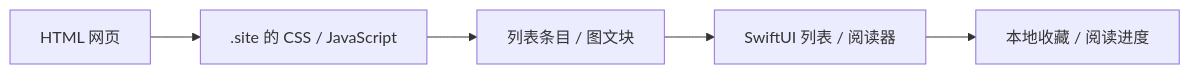
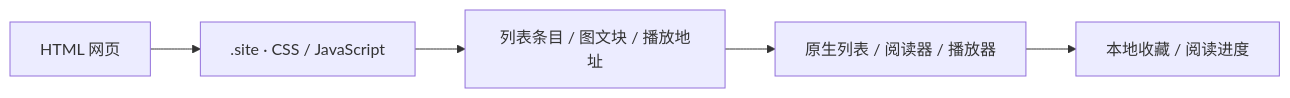
One commit to elrrrrrrr/cove changed the diagram in README.md. Above: the diagram before and after it, drawn with Mermaid. The commit also changed other lines of this file and 56 other files, not shown here.

````diff
--- a/README.md
+++ b/README.md
@@ -33,7 +75,7 @@
 ```mermaid
 flowchart LR
-    HTML[HTML 网页] --> Rules[.site 的 CSS / JavaScript]
-    Rules --> Data[列表条目 / 图文块]
-    Data --> UI[SwiftUI 列表 / 阅读器]
+    HTML[HTML 网页] --> Rules[.site · CSS / JavaScript]
+    Rules --> Data[列表条目 / 图文块 / 播放地址]
+    Data --> UI[原生列表 / 阅读器 / 播放器]
     UI --> Local[本地收藏 / 阅读进度]
 ```
````
